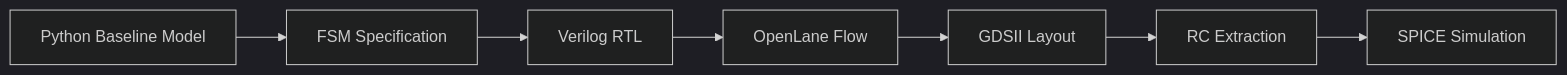
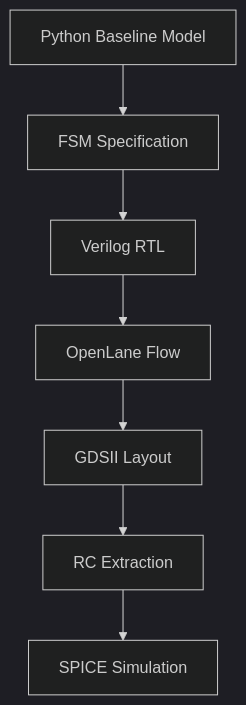
Before and after one commit to Samizo-AITL/aitl-controller: the first of 2 diagrams in index.md, drawn with Mermaid (dark theme).

````diff
--- a/index.md
+++ b/index.md
@@ -23,17 +23,17 @@
 ```mermaid
-flowchart LR
+flowchart TD
     PY[Python Baseline Model]
     SPEC[FSM Specification]
     RTL[Verilog RTL]
     OL[OpenLane Flow]
     GDS[GDSII Layout]
     EXT[RC Extraction]
     SPICE[SPICE Simulation]
 
     PY --> SPEC
     SPEC --> RTL
     RTL --> OL
     OL --> GDS
     GDS --> EXT
     EXT --> SPICE
 ```
````
